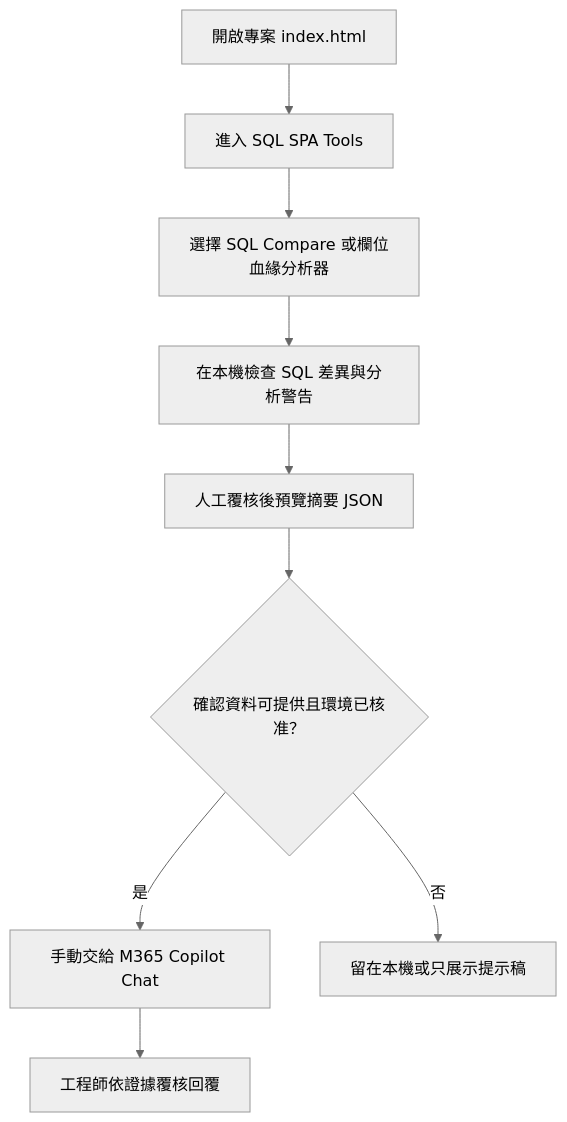
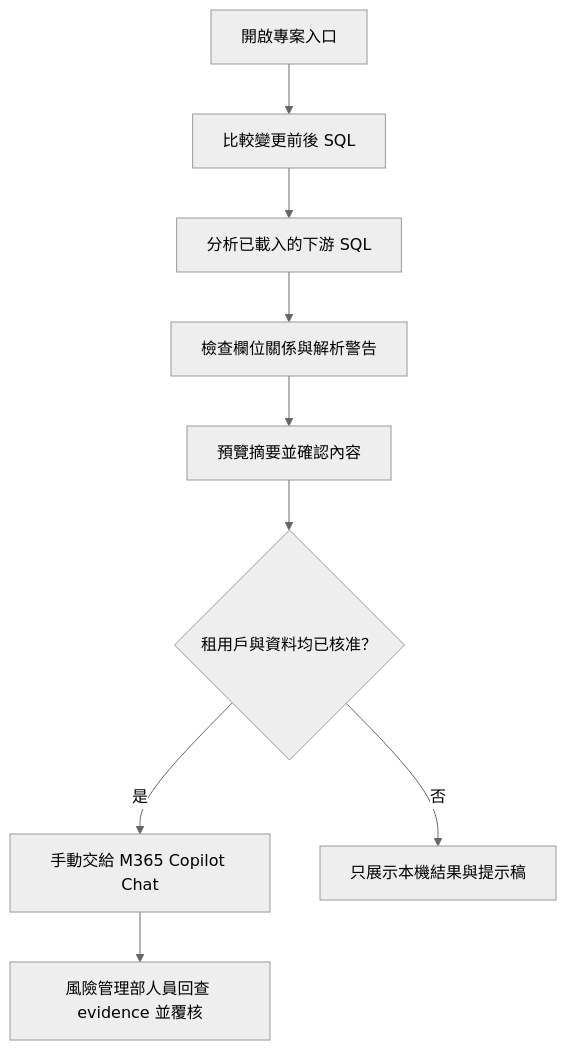
The first of 2 diagrams in README.md (DunkLiao/copilot-sql-workbench), drawn with Mermaid (neutral theme) before and after one commit. The commit also changed other lines of this file and 2 other files, not shown here.

````diff
--- a/README.md
+++ b/README.md
@@ -27,11 +51,11 @@
 ```mermaid
 flowchart TD
-  A[開啟專案 index.html] --> B[進入 SQL SPA Tools]
-  B --> C[選擇 SQL Compare 或欄位血緣分析器]
-  C --> D[在本機檢查 SQL 差異與分析警告]
-  D --> E[人工覆核後預覽摘要 JSON]
-  E --> F{確認資料可提供且環境已核准？}
+  A[開啟專案入口] --> B[比較變更前後 SQL]
+  B --> C[分析已載入的下游 SQL]
+  C --> D[檢查欄位關係與解析警告]
+  D --> E[預覽摘要並確認內容]
+  E --> F{租用戶與資料均已核准？}
   F -->|是| G[手動交給 M365 Copilot Chat]
-  F -->|否| H[留在本機或只展示提示稿]
-  G --> I[工程師依證據覆核回覆]
+  F -->|否| H[只展示本機結果與提示稿]
+  G --> I[風險管理部人員回查 evidence 並覆核]
 ```
````
